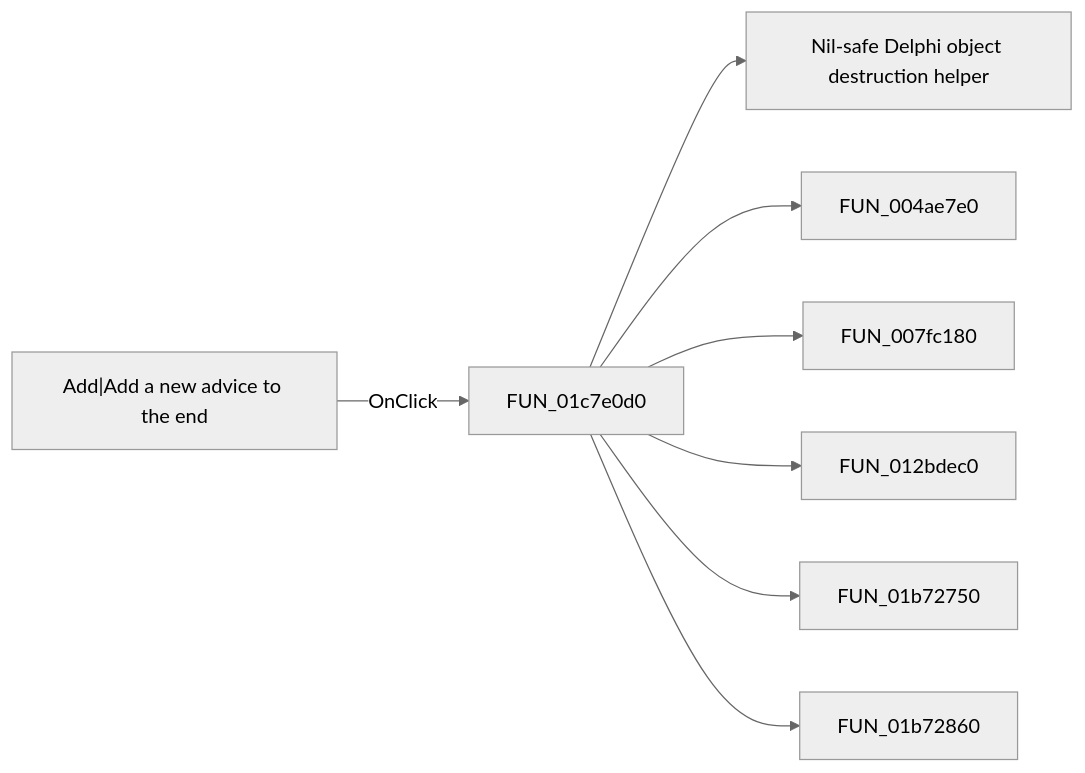
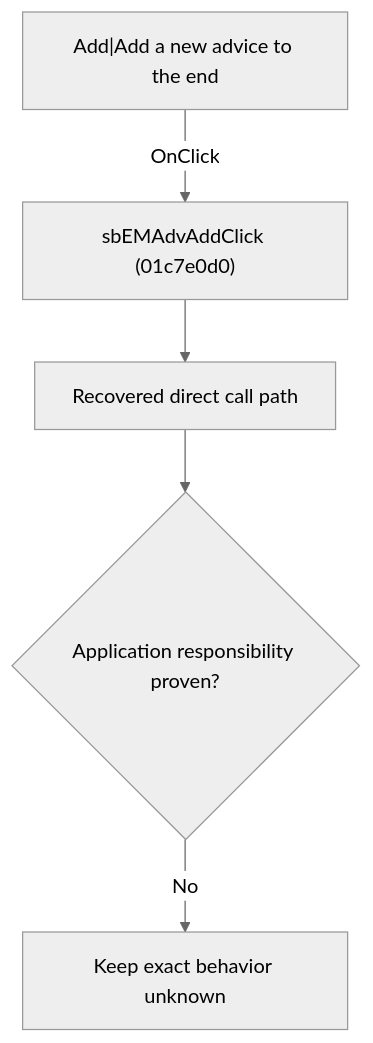
One commit to MovGP0/TIARA changed the diagram in docs/ui-controls/schematiceditor/sbemadvadd-c0b4767a52.md. Above: the diagram before and after it, drawn with Mermaid (neutral theme). The commit also changed other lines of this file and 1062 other files, not shown here.

````diff
--- a/docs/ui-controls/schematiceditor/sbemadvadd-c0b4767a52.md
+++ b/docs/ui-controls/schematiceditor/sbemadvadd-c0b4767a52.md
@@ -27,10 +27,7 @@
 ```mermaid
-flowchart LR
-    control["Add|Add a new advice to the end"] -->|OnClick| handler["FUN_01c7e0d0"]
-    handler --> call1["Nil-safe Delphi object destruction helper"]
-    handler --> call2["FUN_004ae7e0"]
-    handler --> call3["FUN_007fc180"]
-    handler --> call4["FUN_012bdec0"]
-    handler --> call5["FUN_01b72750"]
-    handler --> call6["FUN_01b72860"]
+flowchart TD
+    control["Add|Add a new advice to the end"] -->|"OnClick"| handler["sbEMAdvAddClick (01c7e0d0)"]
+    handler --> recovered["Recovered direct call path"]
+    recovered --> gap{"Application responsibility proven?"}
+    gap -->|"No"| blocked["Keep exact behavior unknown"]
 ```
````
